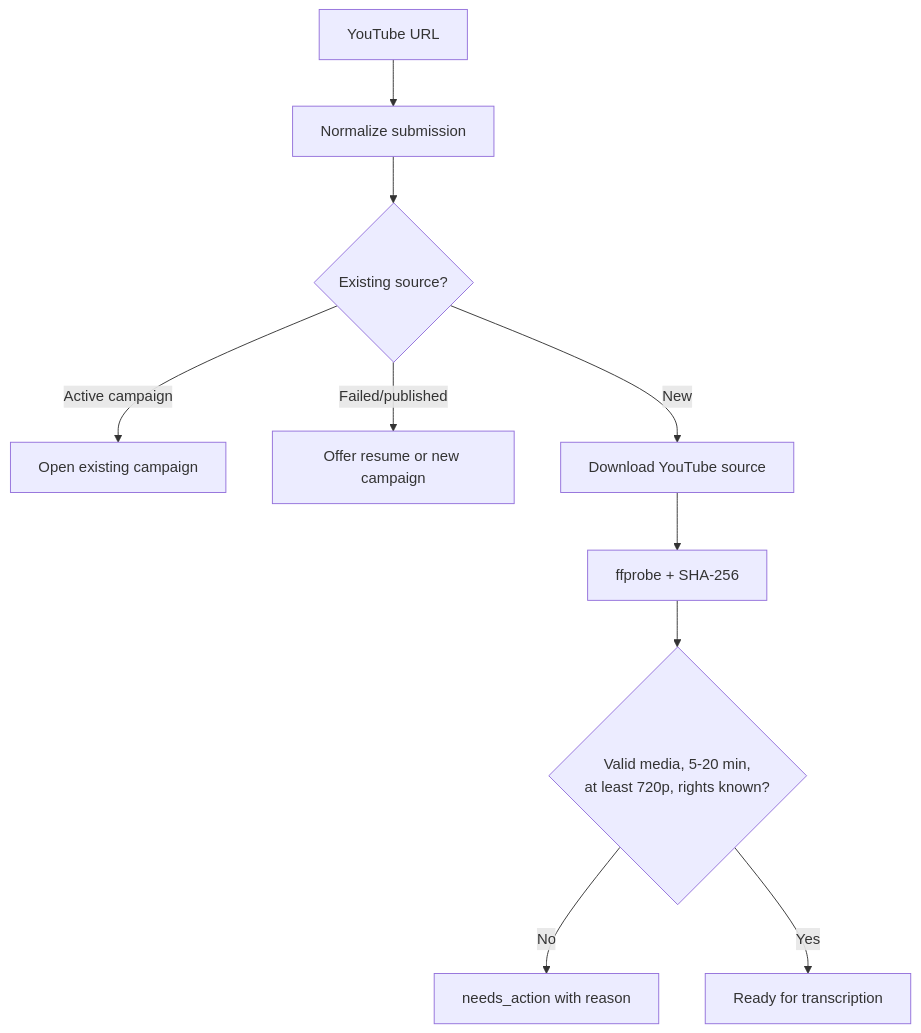
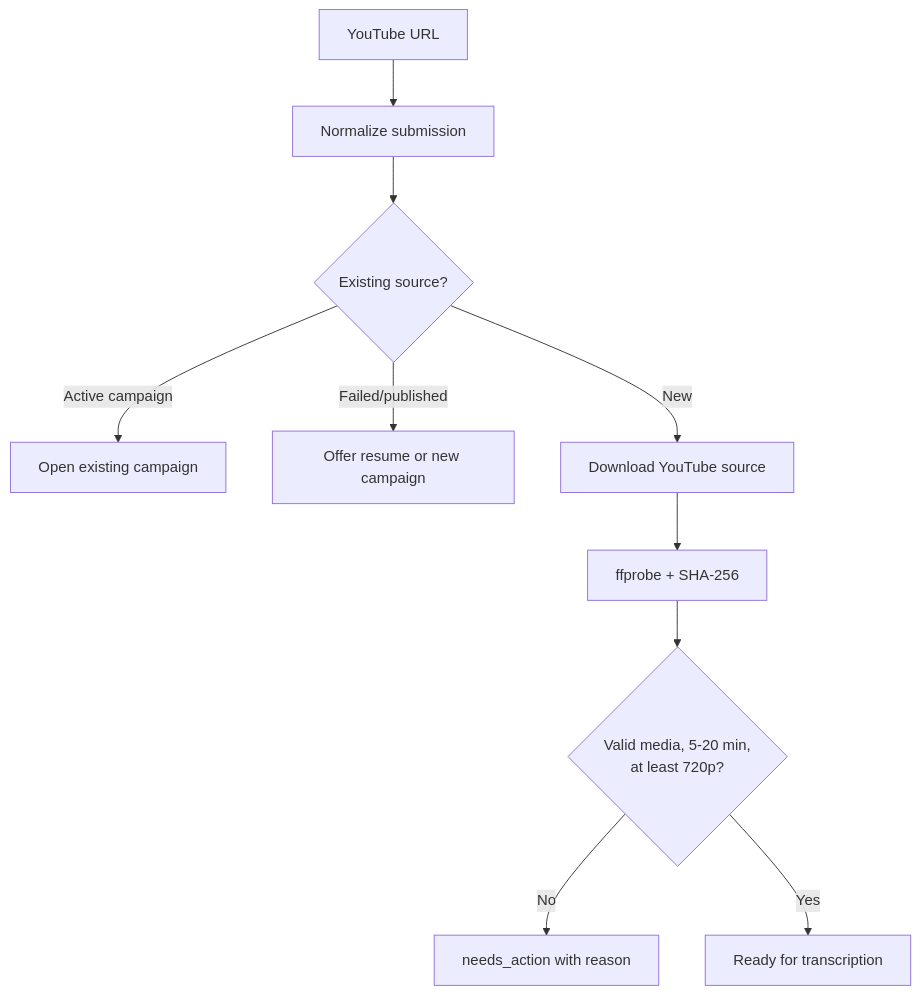
One commit to quyen244/free-scheduler changed the first of 3 diagrams in features/source_ingest_validation/spec.md. Above: the diagram before and after it, drawn with Mermaid. The commit also changed other lines of this file and 44 other files, not shown here.

````diff
--- a/features/source_ingest_validation/spec.md
+++ b/features/source_ingest_validation/spec.md
@@ -16,12 +23,12 @@
 ```mermaid
 flowchart TD
     I[YouTube URL] --> N[Normalize submission]
     N --> D{Existing source?}
     D -->|Active campaign| O[Open existing campaign]
     D -->|Failed/published| R[Offer resume or new campaign]
     D -->|New| G[Download YouTube source]
     G --> P[ffprobe + SHA-256]
-    P --> V{Valid media, 5-20 min,<br/>at least 720p, rights known?}
+    P --> V{Valid media, 5-20 min,<br/>at least 720p?}
     V -->|No| B[needs_action with reason]
     V -->|Yes| T[Ready for transcription]
 ```
````
